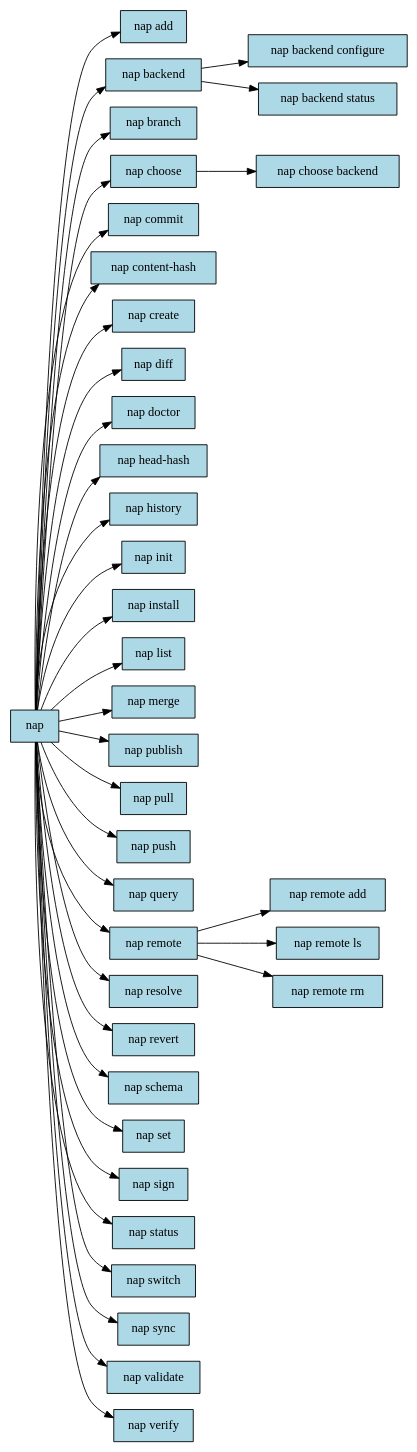
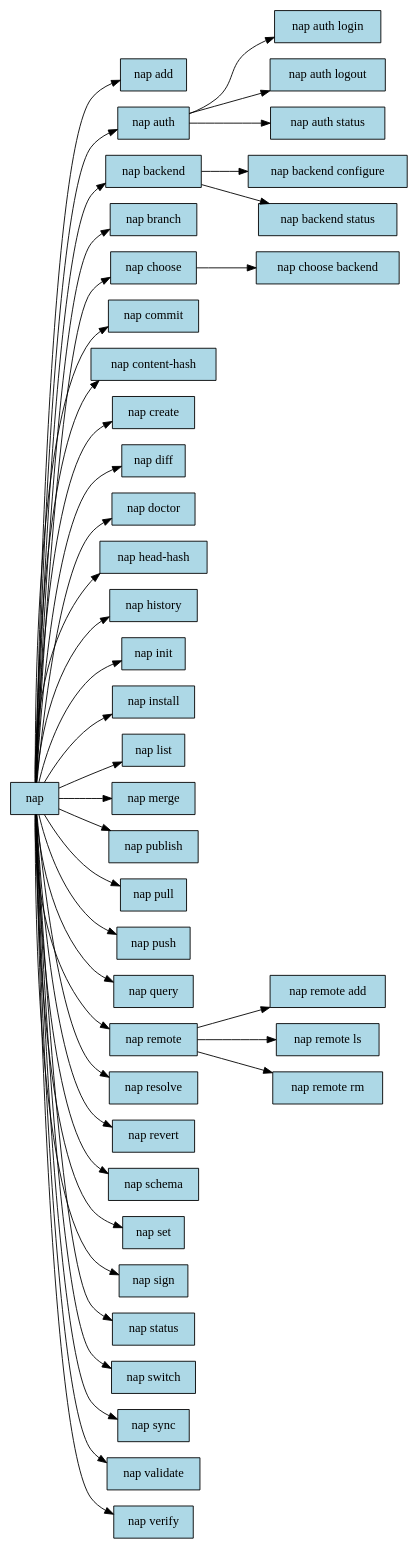
The diagram in docs/generated/commands.dot (portalshq/narrativeengine), drawn with Graphviz before and after one commit. The commit also changed 31 other files, not shown here.

```diff
--- a/docs/generated/commands.dot
+++ b/docs/generated/commands.dot
@@ -1,77 +1,85 @@
 digraph nap_commands {
     rankdir=LR;
     node [shape=box, style=filled, fillcolor=lightblue];
     
     "add" [label="nap add"];
     "nap" -> "add";
+    "auth" [label="nap auth"];
+    "nap" -> "auth";
+    "auth_login" [label="nap auth login"];
+    "auth" -> "auth_login";
+    "auth_logout" [label="nap auth logout"];
+    "auth" -> "auth_logout";
+    "auth_status" [label="nap auth status"];
+    "auth" -> "auth_status";
     "backend" [label="nap backend"];
     "nap" -> "backend";
     "backend_configure" [label="nap backend configure"];
     "backend" -> "backend_configure";
     "backend_status" [label="nap backend status"];
     "backend" -> "backend_status";
     "branch" [label="nap branch"];
     "nap" -> "branch";
     "choose" [label="nap choose"];
     "nap" -> "choose";
     "choose_backend" [label="nap choose backend"];
     "choose" -> "choose_backend";
     "commit" [label="nap commit"];
     "nap" -> "commit";
     "content-hash" [label="nap content-hash"];
     "nap" -> "content-hash";
     "create" [label="nap create"];
     "nap" -> "create";
     "diff" [label="nap diff"];
     "nap" -> "diff";
     "doctor" [label="nap doctor"];
     "nap" -> "doctor";
     "head-hash" [label="nap head-hash"];
     "nap" -> "head-hash";
     "history" [label="nap history"];
     "nap" -> "history";
     "init" [label="nap init"];
     "nap" -> "init";
     "install" [label="nap install"];
     "nap" -> "install";
     "list" [label="nap list"];
     "nap" -> "list";
     "merge" [label="nap merge"];
     "nap" -> "merge";
     "publish" [label="nap publish"];
     "nap" -> "publish";
     "pull" [label="nap pull"];
     "nap" -> "pull";
     "push" [label="nap push"];
     "nap" -> "push";
     "query" [label="nap query"];
     "nap" -> "query";
     "remote" [label="nap remote"];
     "nap" -> "remote";
     "remote_add" [label="nap remote add"];
     "remote" -> "remote_add";
     "remote_ls" [label="nap remote ls"];
     "remote" -> "remote_ls";
     "remote_rm" [label="nap remote rm"];
     "remote" -> "remote_rm";
     "resolve" [label="nap resolve"];
     "nap" -> "resolve";
     "revert" [label="nap revert"];
     "nap" -> "revert";
     "schema" [label="nap schema"];
     "nap" -> "schema";
     "set" [label="nap set"];
     "nap" -> "set";
     "sign" [label="nap sign"];
     "nap" -> "sign";
     "status" [label="nap status"];
     "nap" -> "status";
     "switch" [label="nap switch"];
     "nap" -> "switch";
     "sync" [label="nap sync"];
     "nap" -> "sync";
     "validate" [label="nap validate"];
     "nap" -> "validate";
     "verify" [label="nap verify"];
     "nap" -> "verify";
 }
```
